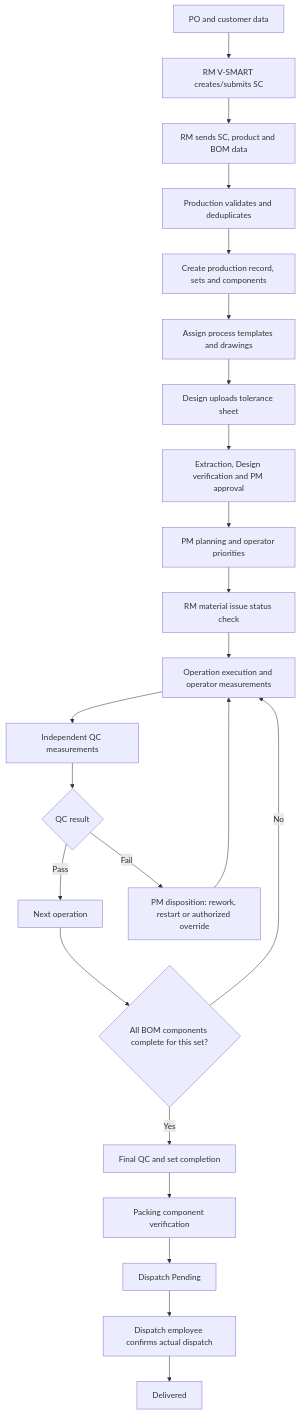
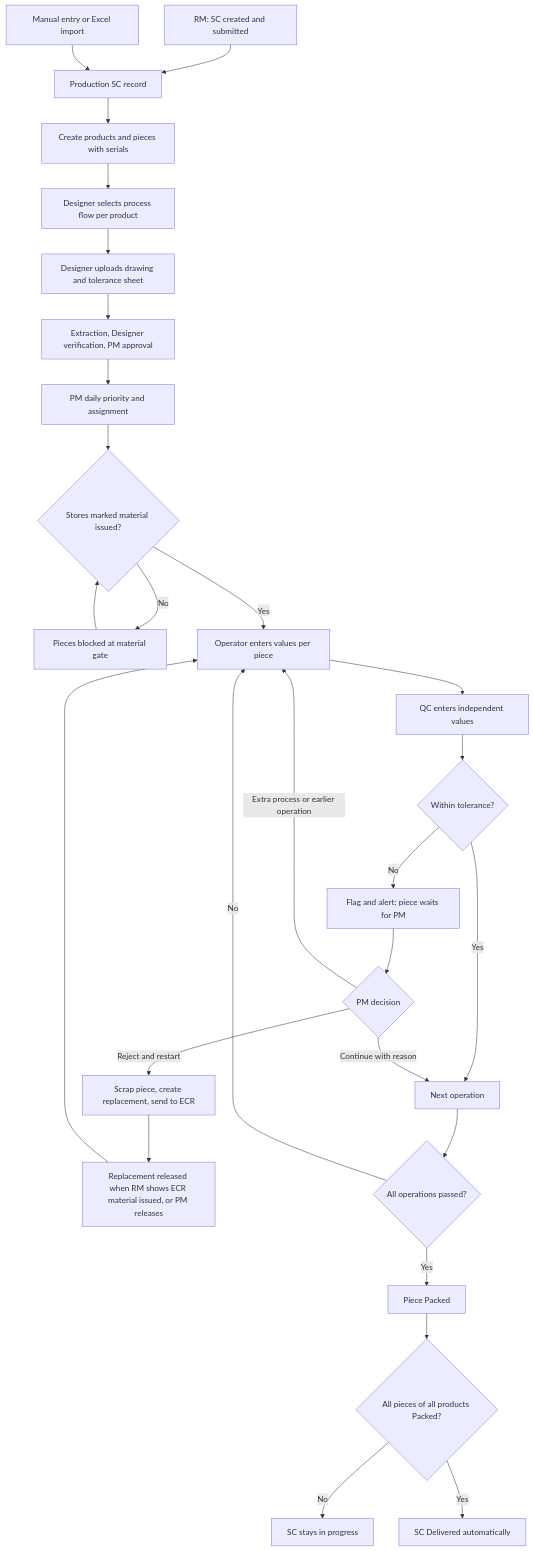
One commit to poairtronic/velan-production changed the first of 8 diagrams in docs/phase-1/07_Workflow_Diagrams.md. Above: the diagram before and after it, drawn with Mermaid. The commit also changed other lines of this file, not shown here.

Commit message:
docs: update 07_Workflow_Diagrams.md per decision log 2026-11-24

````diff
--- a/docs/phase-1/07_Workflow_Diagrams.md
+++ b/docs/phase-1/07_Workflow_Diagrams.md
@@ -6,25 +8,30 @@
 ```mermaid
 flowchart TD
-  A[PO and customer data] --> B[RM V-SMART creates/submits SC]
-  B --> C[RM sends SC, product and BOM data]
-  C --> D[Production validates and deduplicates]
-  D --> E[Create production record, sets and components]
-  E --> F[Assign process templates and drawings]
-  F --> G[Design uploads tolerance sheet]
-  G --> H[Extraction, Design verification and PM approval]
-  H --> I[PM planning and operator priorities]
-  I --> J[RM material issue status check]
-  J --> K[Operation execution and operator measurements]
-  K --> L[Independent QC measurements]
-  L --> M{QC result}
-  M -->|Pass| N[Next operation]
-  M -->|Fail| O[PM disposition: rework, restart or authorized override]
-  O --> K
-  N --> P{All BOM components complete for this set?}
-  P -->|No| K
-  P -->|Yes| Q[Final QC and set completion]
-  Q --> R[Packing component verification]
-  R --> S[Dispatch Pending]
-  S --> T[Dispatch employee confirms actual dispatch]
-  T --> U[Delivered]
+  A["RM: SC created and submitted"] --> B["Production SC record"]
+  A2["Manual entry or Excel import"] --> B
+  B --> C["Create products and pieces with serials"]
+  C --> D["Designer selects process flow per product"]
+  D --> E["Designer uploads drawing and tolerance sheet"]
+  E --> F["Extraction, Designer verification, PM approval"]
+  F --> G["PM daily priority and assignment"]
+  G --> H{"Stores marked material issued?"}
+  H -->|No| H1["Pieces blocked at material gate"]
+  H1 --> H
+  H -->|Yes| I["Operator enters values per piece"]
+  I --> J["QC enters independent values"]
+  J --> K{"Within tolerance?"}
+  K -->|Yes| L["Next operation"]
+  K -->|No| M["Flag and alert; piece waits for PM"]
+  M --> N{"PM decision"}
+  N -->|"Continue with reason"| L
+  N -->|"Extra process or earlier operation"| I
+  N -->|"Reject and restart"| O["Scrap piece, create replacement, send to ECR"]
+  O --> P["Replacement released when RM shows ECR material issued, or PM releases"]
+  P --> I
+  L --> Q{"All operations passed?"}
+  Q -->|No| I
+  Q -->|Yes| R["Piece Packed"]
+  R --> S{"All pieces of all products Packed?"}
+  S -->|No| T["SC stays in progress"]
+  S -->|Yes| U["SC Delivered automatically"]
 ```
````
